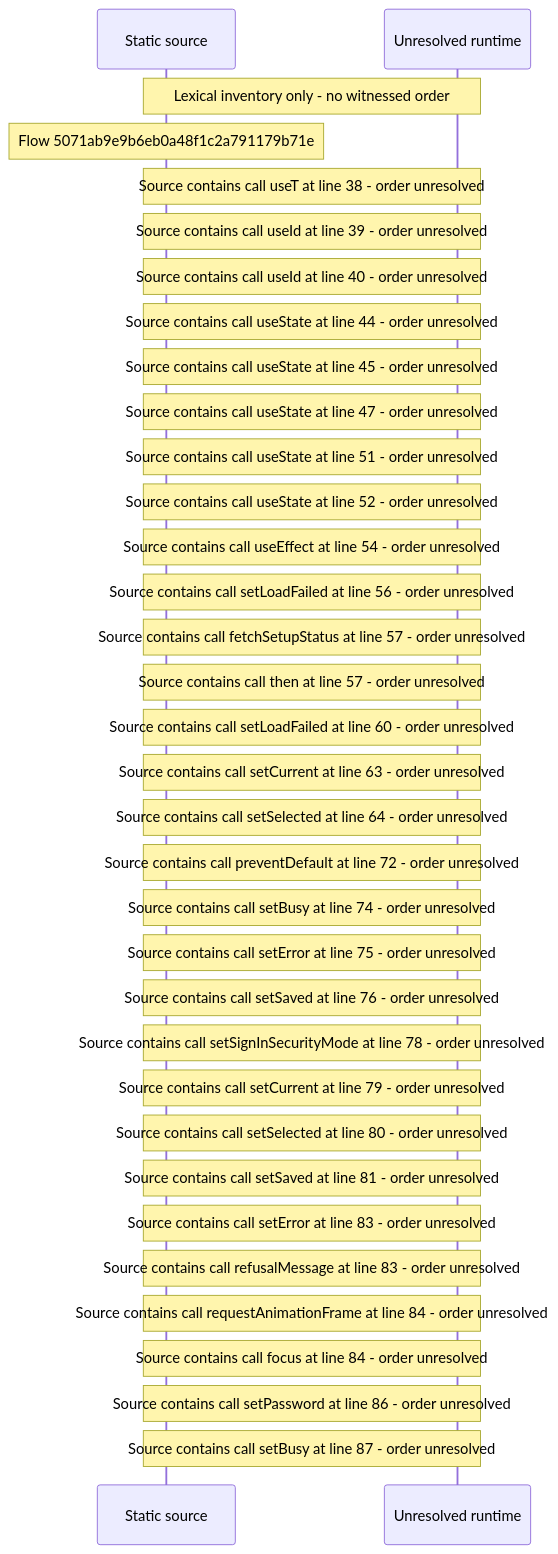
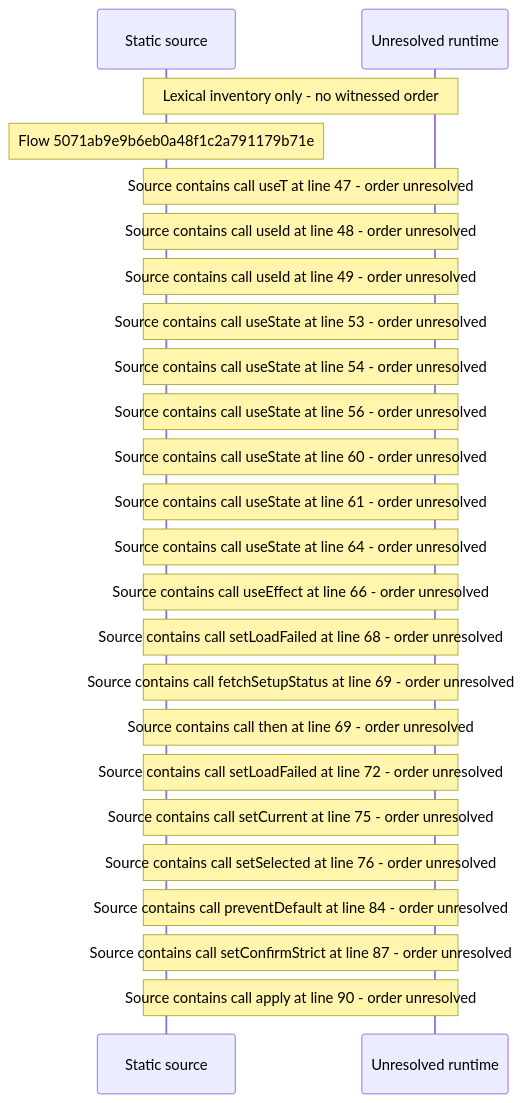
One commit to beamfall/core changed the diagram in docs/web/flows/generated/5071ab9e9b6eb0a48f1c2a791179b71e/flow-diagram.md. Above: the diagram before and after it, drawn with Mermaid. The commit also changed other lines of this file and 714 other files, not shown here.

Commit message:
Regenerate the web flow record on the batch 5 head (CORE-1762)

````diff
--- a/docs/web/flows/generated/5071ab9e9b6eb0a48f1c2a791179b71e/flow-diagram.md
+++ b/docs/web/flows/generated/5071ab9e9b6eb0a48f1c2a791179b71e/flow-diagram.md
@@ -10,36 +10,26 @@
 ```mermaid
 sequenceDiagram
     participant S as Static source
     participant U as Unresolved runtime
     Note over S,U: Lexical inventory only - no witnessed order
     Note over S: Flow 5071ab9e9b6eb0a48f1c2a791179b71e
-    Note over S,U: Source contains call useT at line 38 - order unresolved
-    Note over S,U: Source contains call useId at line 39 - order unresolved
-    Note over S,U: Source contains call useId at line 40 - order unresolved
-    Note over S,U: Source contains call useState at line 44 - order unresolved
-    Note over S,U: Source contains call useState at line 45 - order unresolved
-    Note over S,U: Source contains call useState at line 47 - order unresolved
-    Note over S,U: Source contains call useState at line 51 - order unresolved
-    Note over S,U: Source contains call useState at line 52 - order unresolved
-    Note over S,U: Source contains call useEffect at line 54 - order unresolved
-    Note over S,U: Source contains call setLoadFailed at line 56 - order unresolved
-    Note over S,U: Source contains call fetchSetupStatus at line 57 - order unresolved
-    Note over S,U: Source contains call then at line 57 - order unresolved
-    Note over S,U: Source contains call setLoadFailed at line 60 - order unresolved
-    Note over S,U: Source contains call setCurrent at line 63 - order unresolved
-    Note over S,U: Source contains call setSelected at line 64 - order unresolved
-    Note over S,U: Source contains call preventDefault at line 72 - order unresolved
-    Note over S,U: Source contains call setBusy at line 74 - order unresolved
-    Note over S,U: Source contains call setError at line 75 - order unresolved
-    Note over S,U: Source contains call setSaved at line 76 - order unresolved
-    Note over S,U: Source contains call setSignInSecurityMode at line 78 - order unresolved
-    Note over S,U: Source contains call setCurrent at line 79 - order unresolved
-    Note over S,U: Source contains call setSelected at line 80 - order unresolved
-    Note over S,U: Source contains call setSaved at line 81 - order unresolved
-    Note over S,U: Source contains call setError at line 83 - order unresolved
-    Note over S,U: Source contains call refusalMessage at line 83 - order unresolved
-    Note over S,U: Source contains call requestAnimationFrame at line 84 - order unresolved
-    Note over S,U: Source contains call focus at line 84 - order unresolved
-    Note over S,U: Source contains call setPassword at line 86 - order unresolved
-    Note over S,U: Source contains call setBusy at line 87 - order unresolved
+    Note over S,U: Source contains call useT at line 47 - order unresolved
+    Note over S,U: Source contains call useId at line 48 - order unresolved
+    Note over S,U: Source contains call useId at line 49 - order unresolved
+    Note over S,U: Source contains call useState at line 53 - order unresolved
+    Note over S,U: Source contains call useState at line 54 - order unresolved
+    Note over S,U: Source contains call useState at line 56 - order unresolved
+    Note over S,U: Source contains call useState at line 60 - order unresolved
+    Note over S,U: Source contains call useState at line 61 - order unresolved
+    Note over S,U: Source contains call useState at line 64 - order unresolved
+    Note over S,U: Source contains call useEffect at line 66 - order unresolved
+    Note over S,U: Source contains call setLoadFailed at line 68 - order unresolved
+    Note over S,U: Source contains call fetchSetupStatus at line 69 - order unresolved
+    Note over S,U: Source contains call then at line 69 - order unresolved
+    Note over S,U: Source contains call setLoadFailed at line 72 - order unresolved
+    Note over S,U: Source contains call setCurrent at line 75 - order unresolved
+    Note over S,U: Source contains call setSelected at line 76 - order unresolved
+    Note over S,U: Source contains call preventDefault at line 84 - order unresolved
+    Note over S,U: Source contains call setConfirmStrict at line 87 - order unresolved
+    Note over S,U: Source contains call apply at line 90 - order unresolved
 ```
````
